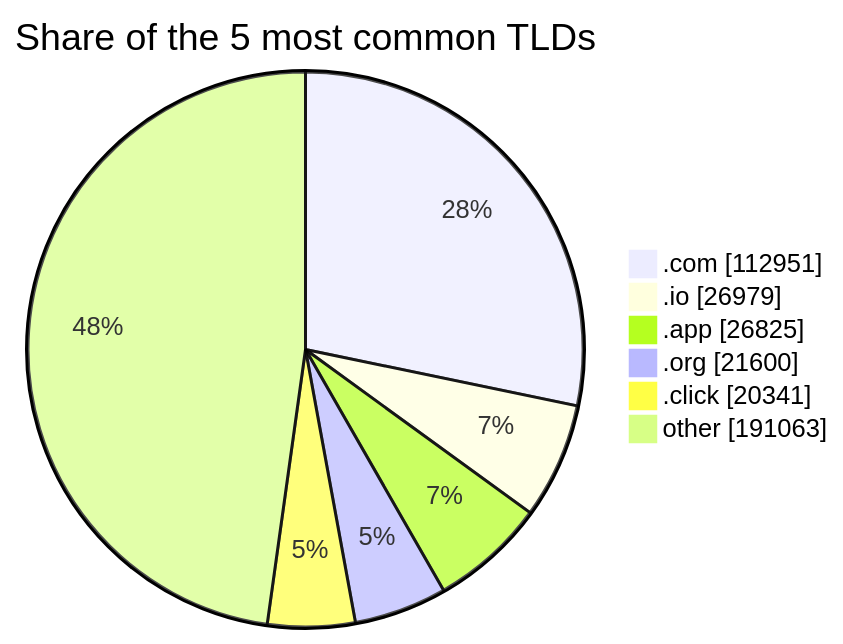
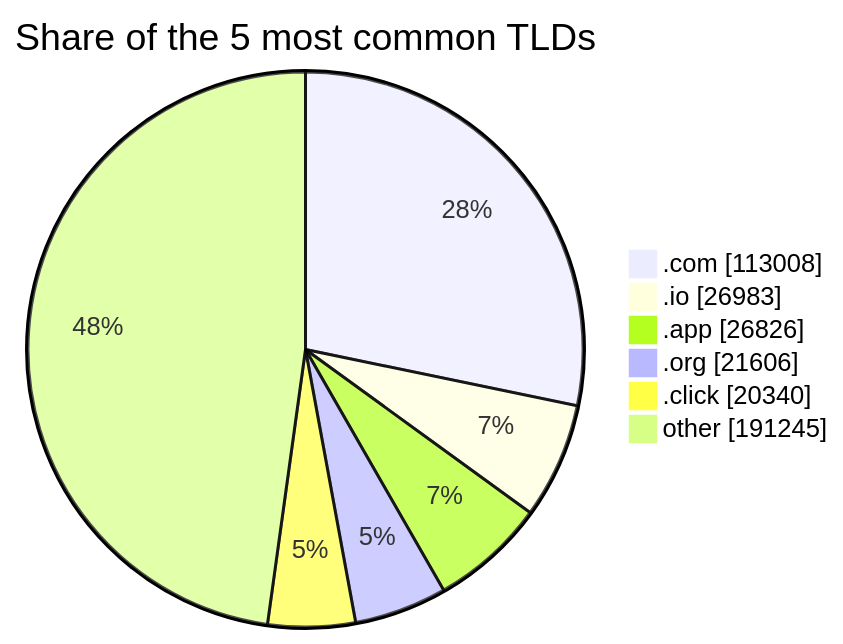
The third of 3 diagrams in README.md (DNSBunker/CTI), drawn with Mermaid before and after one commit. The commit also changed other lines of this file and 3 other files, not shown here.

````diff
--- a/README.md
+++ b/README.md
@@ -81,9 +81,9 @@
 ```mermaid
 pie showData title Share of the 5 most common TLDs
-    ".com" : 112951
-    ".io" : 26979
-    ".app" : 26825
-    ".org" : 21600
-    ".click" : 20341
-    "other" : 191063
+    ".com" : 113008
+    ".io" : 26983
+    ".app" : 26826
+    ".org" : 21606
+    ".click" : 20340
+    "other" : 191245
 ```
````
